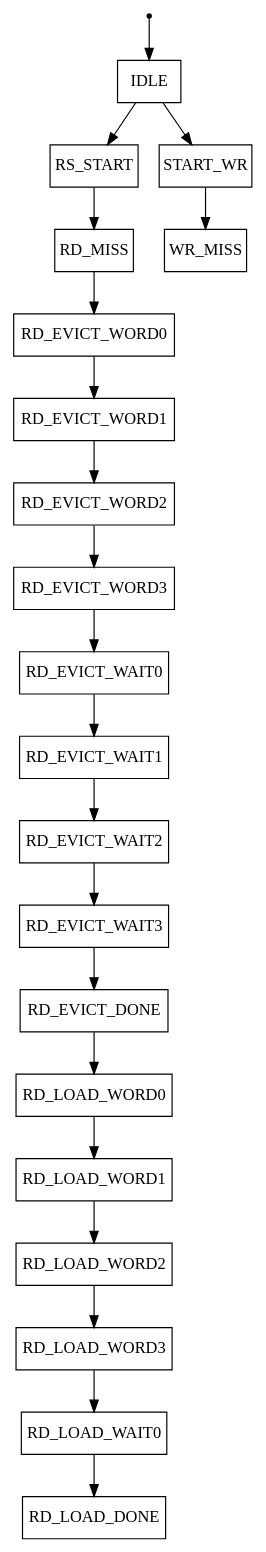
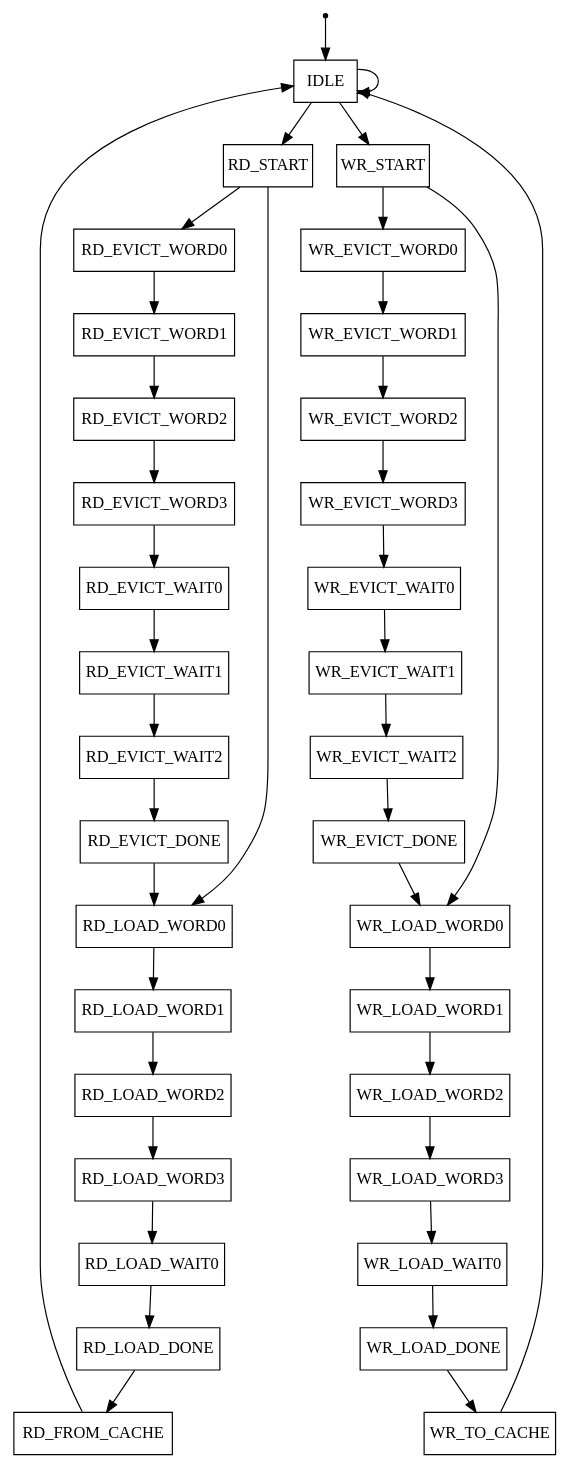
The diagram in proj_cache/fsm.dot (barzamin/cs552), drawn with Graphviz before and after one commit. The commit also changed 1 other file, not shown here.

```diff
--- a/proj_cache/fsm.dot
+++ b/proj_cache/fsm.dot
@@ -1,55 +1,91 @@
 digraph controller_fsm {
     // rankdir = "LR";
 
     node [shape=point] RESET;
 
     node [shape=box, margin=0];
     IDLE;
-    RS_START;
-    RD_MISS;
+
+    RD_START;
     RD_EVICT_WORD0;
     RD_EVICT_WORD1;
     RD_EVICT_WORD2;
     RD_EVICT_WORD3;
     RD_EVICT_WAIT0;
     RD_EVICT_WAIT1;
     RD_EVICT_WAIT2;
     RD_EVICT_DONE;
     RD_LOAD_WORD0;
     RD_LOAD_WORD1;
     RD_LOAD_WORD2;
     RD_LOAD_WORD3;
     RD_LOAD_WAIT0;
     RD_LOAD_DONE;
+    RD_FROM_CACHE;
 
-    START_WR;
-    WR_MISS;
+    WR_START;
+    WR_EVICT_WORD0;
+    WR_EVICT_WORD1;
+    WR_EVICT_WORD2;
+    WR_EVICT_WORD3;
+    WR_EVICT_WAIT0;
+    WR_EVICT_WAIT1;
+    WR_EVICT_WAIT2;
+    WR_EVICT_DONE;
+    WR_LOAD_WORD0;
+    WR_LOAD_WORD1;
+    WR_LOAD_WORD2;
+    WR_LOAD_WORD3;
+    WR_LOAD_WAIT0;
+    WR_LOAD_DONE;
+    WR_TO_CACHE;
 
     RESET -> IDLE;
+    IDLE  -> RD_START;
+    IDLE  -> WR_START;
+    IDLE  -> IDLE;
 
-    IDLE -> RS_START;
-    RS_START -> RD_MISS;
-
-    RD_MISS -> RD_EVICT_WORD0;
+    RD_START -> RD_EVICT_WORD0;
+    RD_START -> RD_LOAD_WORD0;
 
     RD_EVICT_WORD0 -> RD_EVICT_WORD1;
     RD_EVICT_WORD1 -> RD_EVICT_WORD2;
     RD_EVICT_WORD2 -> RD_EVICT_WORD3;
     RD_EVICT_WORD3 -> RD_EVICT_WAIT0;
 
     RD_EVICT_WAIT0 -> RD_EVICT_WAIT1;
     RD_EVICT_WAIT1 -> RD_EVICT_WAIT2;
-    RD_EVICT_WAIT2 -> RD_EVICT_WAIT3;
-    RD_EVICT_WAIT3 -> RD_EVICT_DONE;
-
-    RD_EVICT_DONE -> RD_LOAD_WORD0;
+    RD_EVICT_WAIT2 -> RD_EVICT_DONE;
+    RD_EVICT_DONE  -> RD_LOAD_WORD0;
 
     RD_LOAD_WORD0 -> RD_LOAD_WORD1;
     RD_LOAD_WORD1 -> RD_LOAD_WORD2;
     RD_LOAD_WORD2 -> RD_LOAD_WORD3;
     RD_LOAD_WORD3 -> RD_LOAD_WAIT0;
+
     RD_LOAD_WAIT0 -> RD_LOAD_DONE;
+    RD_LOAD_DONE  -> RD_FROM_CACHE;
+    RD_FROM_CACHE -> IDLE;
 
-    IDLE -> START_WR;
-    START_WR -> WR_MISS;
+    WR_START -> WR_EVICT_WORD0;
+    WR_START -> WR_LOAD_WORD0;
+
+    WR_EVICT_WORD0 -> WR_EVICT_WORD1;
+    WR_EVICT_WORD1 -> WR_EVICT_WORD2;
+    WR_EVICT_WORD2 -> WR_EVICT_WORD3;
+    WR_EVICT_WORD3 -> WR_EVICT_WAIT0;
+
+    WR_EVICT_WAIT0 -> WR_EVICT_WAIT1;
+    WR_EVICT_WAIT1 -> WR_EVICT_WAIT2;
+    WR_EVICT_WAIT2 -> WR_EVICT_DONE;
+    WR_EVICT_DONE  -> WR_LOAD_WORD0;
+
+    WR_LOAD_WORD0 -> WR_LOAD_WORD1;
+    WR_LOAD_WORD1 -> WR_LOAD_WORD2;
+    WR_LOAD_WORD2 -> WR_LOAD_WORD3;
+    WR_LOAD_WORD3 -> WR_LOAD_WAIT0;
+
+    WR_LOAD_WAIT0 -> WR_LOAD_DONE;
+    WR_LOAD_DONE  -> WR_TO_CACHE;
+    WR_TO_CACHE -> IDLE;
 }
```
